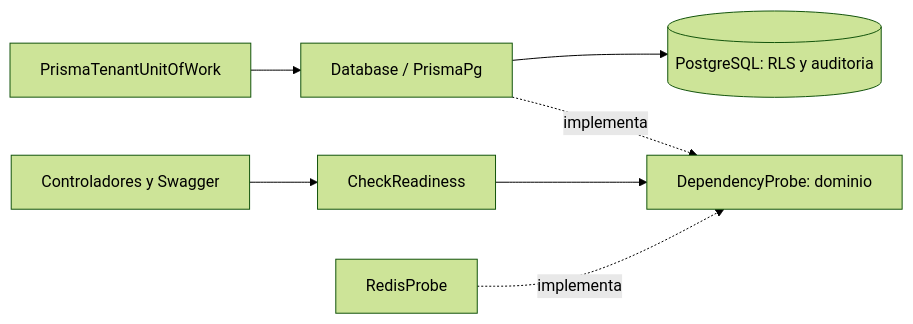
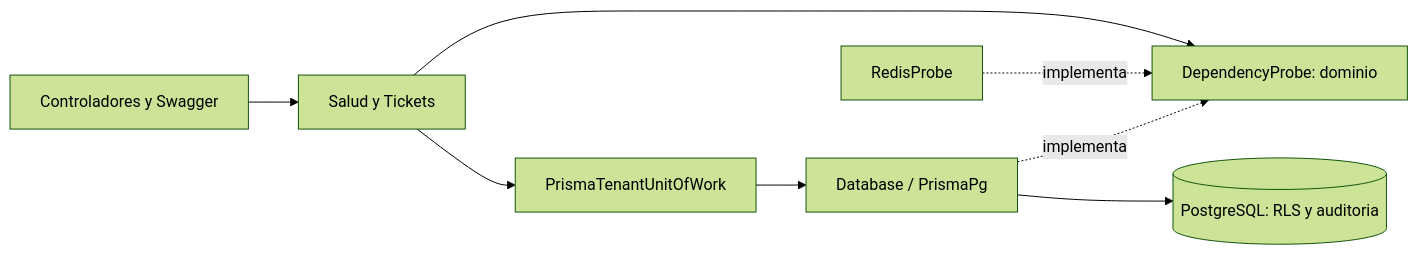
The diagram in docs/API.md (C-David28/essalud-ticket-system), drawn with Mermaid (forest theme) before and after one commit. The commit also changed other lines of this file and 22 other files, not shown here.

````diff
--- a/docs/API.md
+++ b/docs/API.md
@@ -7,9 +7,10 @@
 ```mermaid
 flowchart LR
-  HTTP[Controladores y Swagger] --> USECASE[CheckReadiness]
+  HTTP[Controladores y Swagger] --> USECASE[Salud y Tickets]
   USECASE --> PORT[DependencyProbe: dominio]
   PG[Database / PrismaPg] -. implementa .-> PORT
   REDIS[RedisProbe] -. implementa .-> PORT
   UOW[PrismaTenantUnitOfWork] --> PG
+  USECASE --> UOW
   PG --> DB[(PostgreSQL: RLS y auditoria)]
 ```
````
